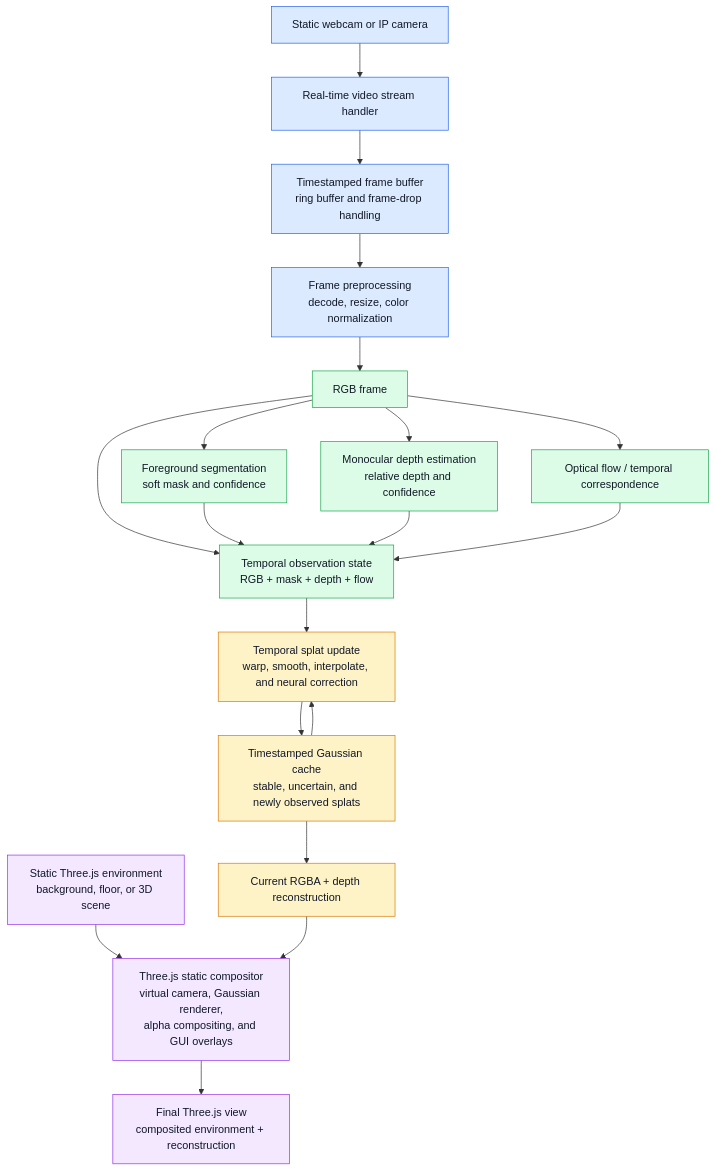
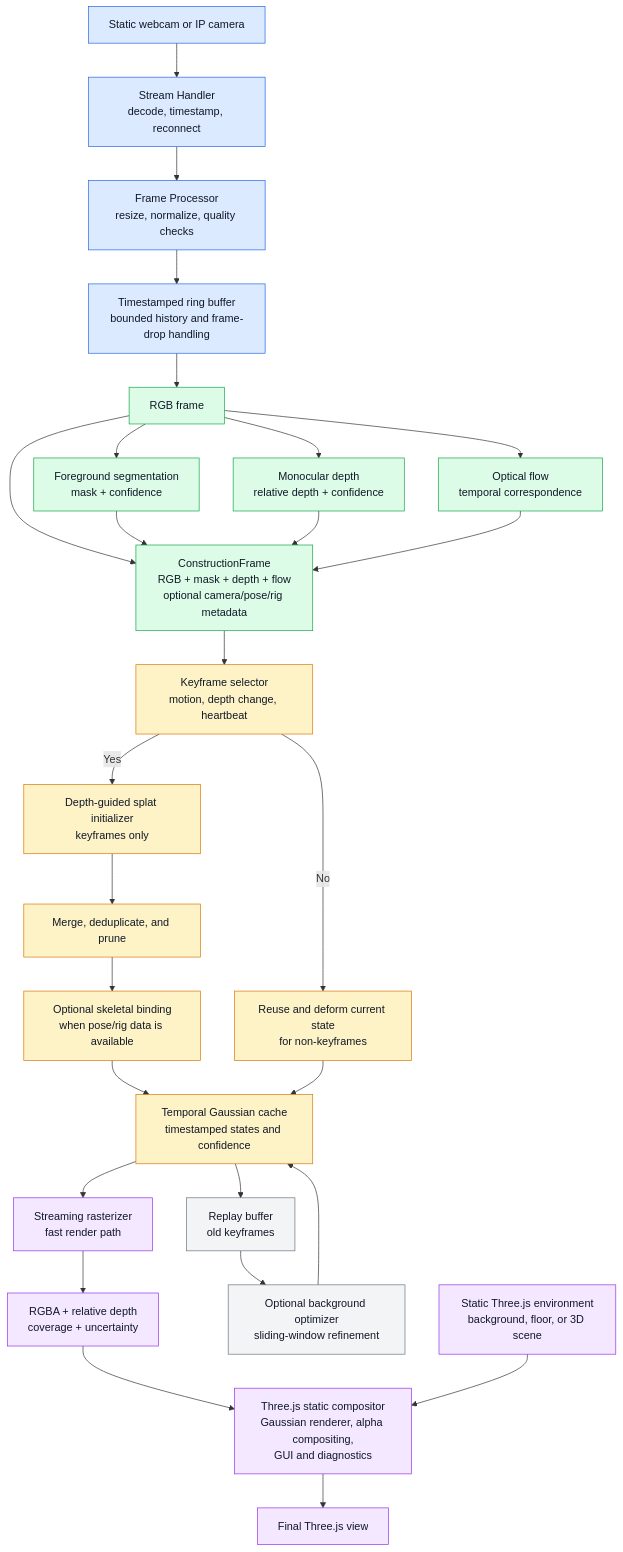
Before and after one commit to smojjofy/AAI3001_Computer-Vision-Deep-Learning_Group27: the diagram in docs/single-camera-workflow.md, drawn with Mermaid. The commit also changed other lines of this file, not shown here.

````diff
--- a/docs/single-camera-workflow.md
+++ b/docs/single-camera-workflow.md
@@ -3,51 +7,61 @@
 ```mermaid
 flowchart TD
     CAM[Static webcam or IP camera]
-    STREAM[Real-time video stream handler]
-    BUFFER[Timestamped frame buffer<br/>ring buffer and frame-drop handling]
-    PRE[Frame preprocessing<br/>decode, resize, color normalization]
+    STREAM[Stream Handler<br/>decode, timestamp, reconnect]
+    PRE[Frame Processor<br/>resize, normalize, quality checks]
+    BUFFER[Timestamped ring buffer<br/>bounded history and frame-drop handling]
 
     RGB[RGB frame]
-    SEG[Foreground segmentation<br/>soft mask and confidence]
-    DEPTH[Monocular depth estimation<br/>relative depth and confidence]
-    FLOW[Optical flow / temporal correspondence]
+    SEG[Foreground segmentation<br/>mask + confidence]
+    DEPTH[Monocular depth<br/>relative depth + confidence]
+    FLOW[Optical flow<br/>temporal correspondence]
+    FRAME[ConstructionFrame<br/>RGB + mask + depth + flow<br/>optional camera/pose/rig metadata]
 
-    FEATURES[Temporal observation state<br/>RGB + mask + depth + flow]
-    CACHE[Timestamped Gaussian cache<br/>stable, uncertain, and newly observed splats]
-    UPDATE[Temporal splat update<br/>warp, smooth, interpolate, and neural correction]
-    STATE[Current RGBA + depth reconstruction]
+    SELECT[Keyframe selector<br/>motion, depth change, heartbeat]
+    REUSE[Reuse and deform current state<br/>for non-keyframes]
+    INIT[Depth-guided splat initializer<br/>keyframes only]
+    FUSE[Merge, deduplicate, and prune]
+    BIND[Optional skeletal binding<br/>when pose/rig data is available]
+    CACHE[Temporal Gaussian cache<br/>timestamped states and confidence]
+    RENDER[Streaming rasterizer<br/>fast render path]
+    OUTPUT[RGBA + relative depth<br/>coverage + uncertainty]
+
+    REPLAY[Replay buffer<br/>old keyframes]
+    OPT[Optional background optimizer<br/>sliding-window refinement]
 
     ENV[Static Three.js environment<br/>background, floor, or 3D scene]
-    COMP[Three.js static compositor<br/>virtual camera, Gaussian renderer,<br/>alpha compositing, and GUI overlays]
-    VIEW[Final Three.js view<br/>composited environment + reconstruction]
+    VIEW[Three.js static compositor<br/>Gaussian renderer, alpha compositing,<br/>GUI and diagnostics]
+    FINAL[Final Three.js view]
 
-    CAM --> STREAM --> BUFFER --> PRE
-    PRE --> RGB
+    CAM --> STREAM --> PRE --> BUFFER
+    BUFFER --> RGB
     RGB --> SEG
     RGB --> DEPTH
     RGB --> FLOW
+    RGB --> FRAME
+    SEG --> FRAME
+    DEPTH --> FRAME
+    FLOW --> FRAME
 
-    RGB --> FEATURES
-    SEG --> FEATURES
-    DEPTH --> FEATURES
-    FLOW --> FEATURES
+    FRAME --> SELECT
+    SELECT -->|No| REUSE
+    SELECT -->|Yes| INIT --> FUSE
+    FUSE --> BIND --> CACHE
+    REUSE --> CACHE
+    CACHE --> RENDER --> OUTPUT --> VIEW
 
-    FEATURES --> UPDATE
-    CACHE --> UPDATE
-    UPDATE --> CACHE
-    CACHE --> STATE
-
-    ENV --> COMP
-    STATE --> COMP
-    COMP --> VIEW
+    CACHE --> REPLAY --> OPT --> CACHE
+    ENV --> VIEW --> FINAL
 
     classDef input fill:#dbeafe,stroke:#2563eb,color:#111827;
     classDef inference fill:#dcfce7,stroke:#16a34a,color:#111827;
-    classDef state fill:#fef3c7,stroke:#d97706,color:#111827;
+    classDef construct fill:#fef3c7,stroke:#d97706,color:#111827;
     classDef render fill:#f3e8ff,stroke:#9333ea,color:#111827;
+    classDef optional fill:#f3f4f6,stroke:#6b7280,color:#111827;
 
-    class CAM,STREAM,BUFFER,PRE input;
-    class RGB,SEG,DEPTH,FLOW,FEATURES inference;
-    class CACHE,UPDATE,STATE state;
-    class ENV,COMP,VIEW render;
+    class CAM,STREAM,PRE,BUFFER input;
+    class RGB,SEG,DEPTH,FLOW,FRAME inference;
+    class SELECT,REUSE,INIT,FUSE,BIND,CACHE construct;
+    class RENDER,OUTPUT,ENV,VIEW,FINAL render;
+    class REPLAY,OPT optional;
 ```
````
